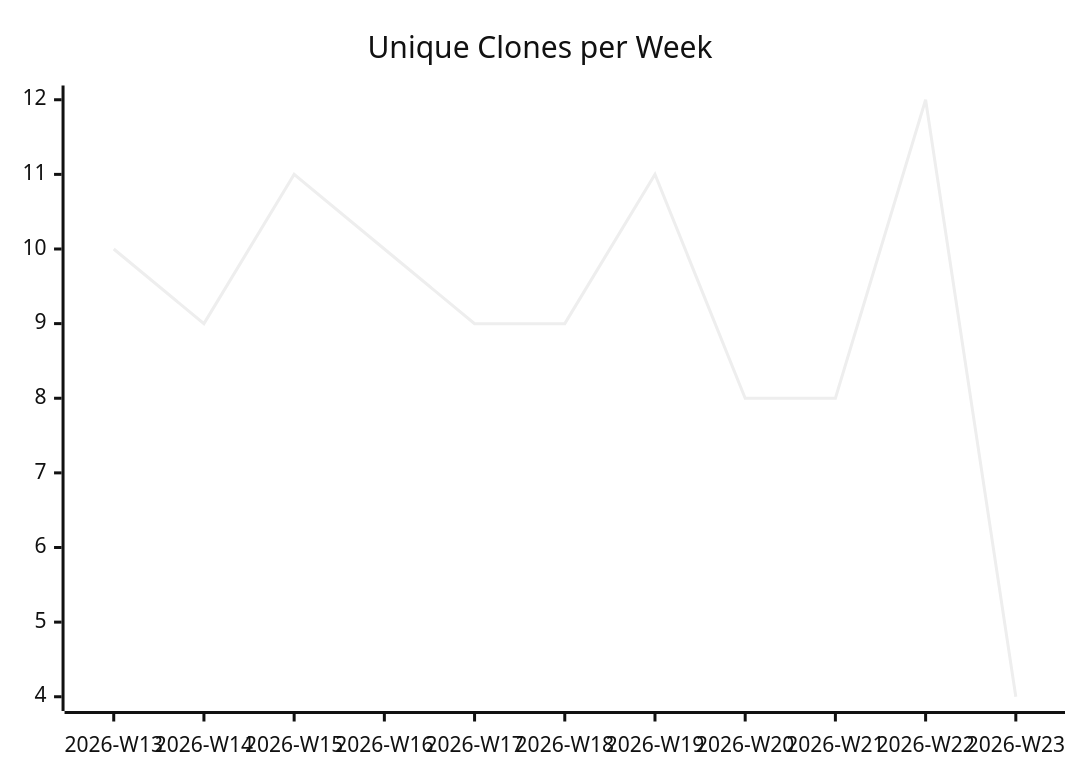
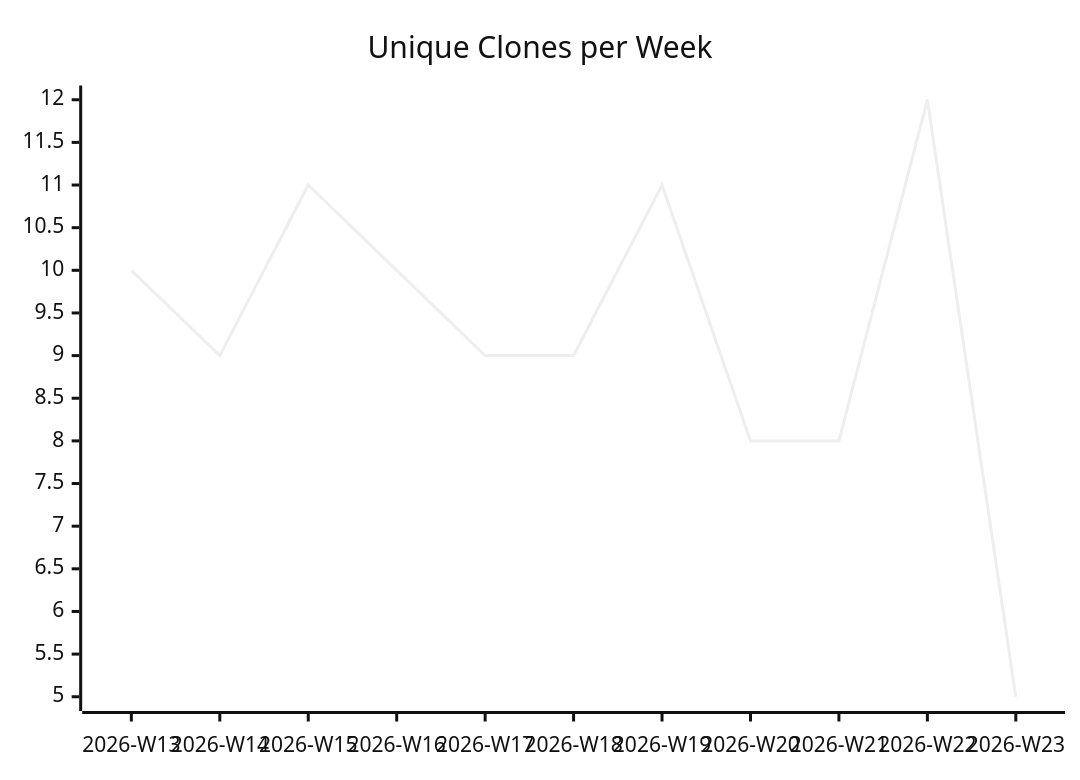
One commit to justdavis-family/github-analytics-data changed the third of 3 diagrams in karlmdavis/usgs-water-api-java/README.md. Above: the diagram before and after it, drawn with Mermaid (neutral theme). The commit also changed other lines of this file and 188 other files, not shown here.

````diff
--- a/karlmdavis/usgs-water-api-java/README.md
+++ b/karlmdavis/usgs-water-api-java/README.md
@@ -19,6 +19,6 @@
 ```mermaid
 xychart-beta
   title "Unique Clones per Week"
   x-axis ["2026-W13", "2026-W14", "2026-W15", "2026-W16", "2026-W17", "2026-W18", "2026-W19", "2026-W20", "2026-W21", "2026-W22", "2026-W23"]
-  line [10, 9, 11, 10, 9, 9, 11, 8, 8, 12, 4]
+  line [10, 9, 11, 10, 9, 9, 11, 8, 8, 12, 5]
 ```
````
